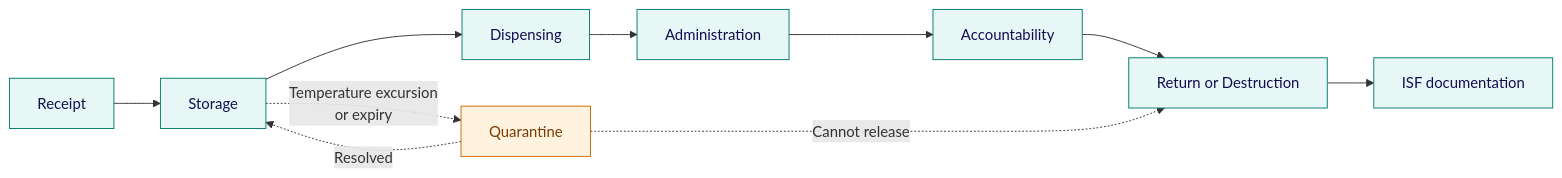
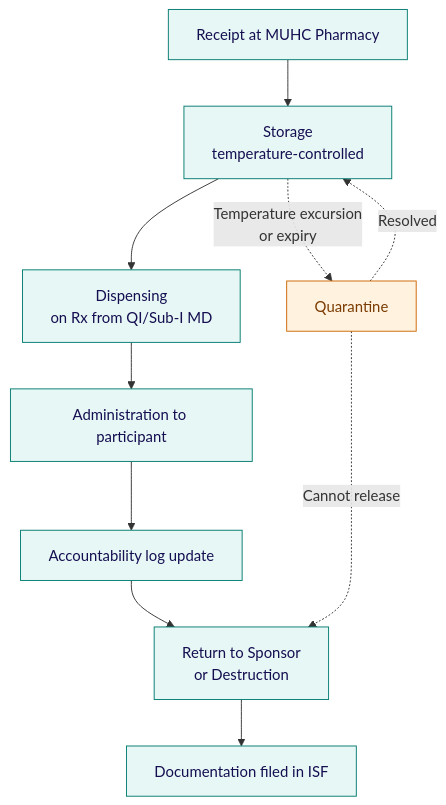
Before and after one commit to matthewfiorentino/docs: the diagram in kb/conduct/investigational-products.mdx, drawn with Mermaid. The commit also changed 2 other files, not shown here.

Commit message:
Fix visual issues from review
- regulations.mdx: replace SVG (text not rendering through MDX) with
  styled HTML/CSS divs
- investigational-products.mdx: switch IP lifecycle flowchart from LR
  to TD layout so node boxes are readable instead of crunched
- compliance-requirements.mdx: remove redundant level-by-level Mermaid;
  the new decision tree + matrix table cover the same ground

````diff
--- a/kb/conduct/investigational-products.mdx
+++ b/kb/conduct/investigational-products.mdx
@@ -49,20 +49,20 @@
 ```mermaid
-flowchart LR
-    A[Receipt] --> B[Storage]
-    B --> C[Dispensing]
-    C --> D[Administration]
-    D --> E[Accountability]
-    E --> F[Return or Destruction]
-    F --> G[ISF documentation]
+flowchart TD
+    A[Receipt at MUHC Pharmacy] --> B[Storage<br/>temperature-controlled]
+    B --> C[Dispensing<br/>on Rx from QI/Sub-I MD]
+    C --> D[Administration to participant]
+    D --> E[Accountability log update]
+    E --> F[Return to Sponsor<br/>or Destruction]
+    F --> G[Documentation filed in ISF]
     B -.->|Temperature excursion<br/>or expiry| Q[Quarantine]
     Q -.->|Resolved| B
     Q -.->|Cannot release| F
     style A fill:#e6f7f5,stroke:#007a6e,color:#150e51
     style B fill:#e6f7f5,stroke:#007a6e,color:#150e51
     style C fill:#e6f7f5,stroke:#007a6e,color:#150e51
     style D fill:#e6f7f5,stroke:#007a6e,color:#150e51
     style E fill:#e6f7f5,stroke:#007a6e,color:#150e51
     style F fill:#e6f7f5,stroke:#007a6e,color:#150e51
     style G fill:#e6f7f5,stroke:#007a6e,color:#150e51
     style Q fill:#fff3e0,stroke:#cc6600,color:#7a3a00
 ```
````
